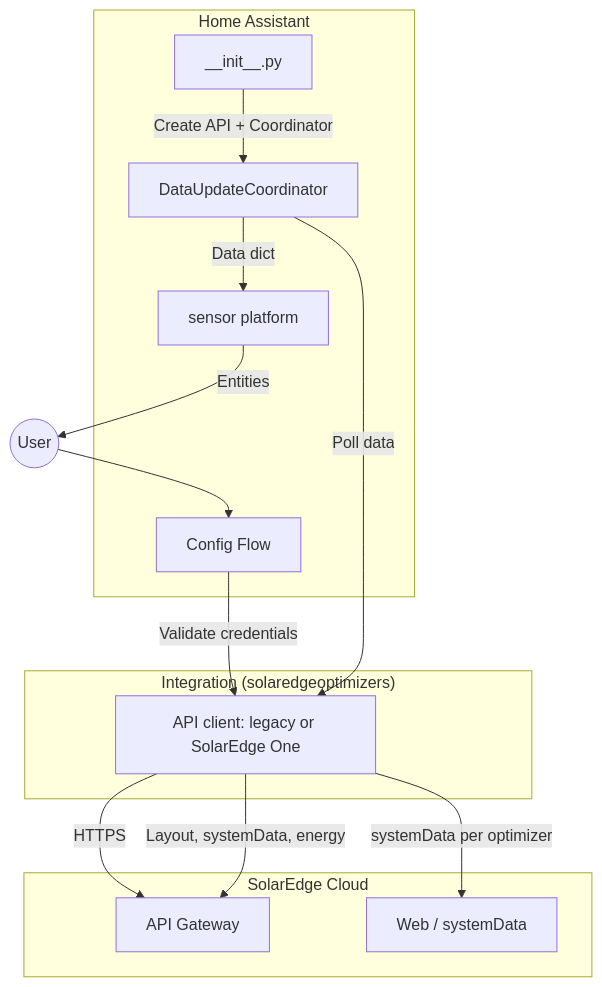
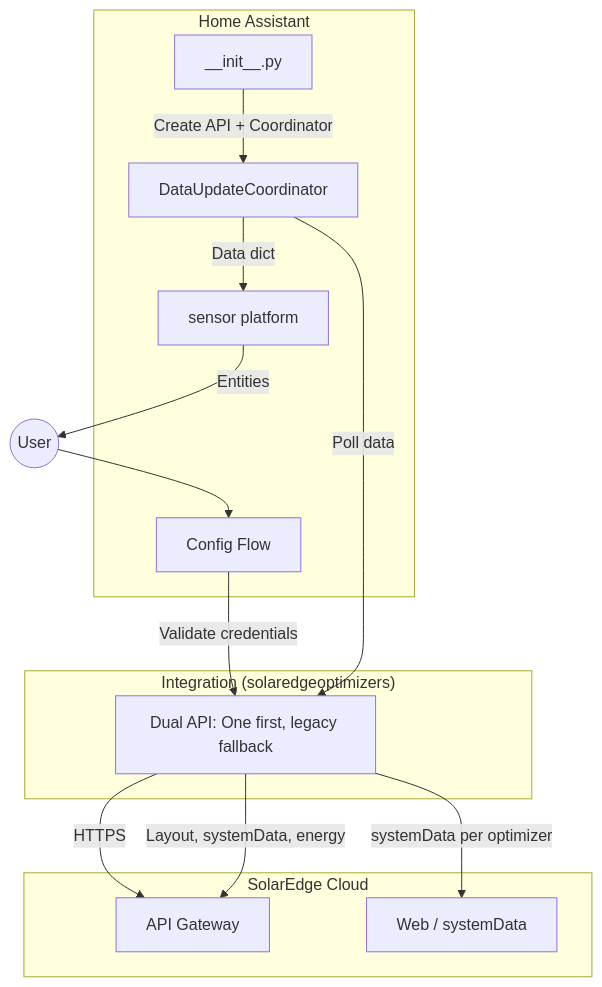
One commit to AndrewTapp/solaredgeoptimizers changed the first of 4 diagrams in custom_components/solaredgeoptimizers/docs/Wiki-Home.md. Above: the diagram before and after it, drawn with Mermaid. The commit also changed other lines of this file, not shown here.

````diff
--- a/custom_components/solaredgeoptimizers/docs/Wiki-Home.md
+++ b/custom_components/solaredgeoptimizers/docs/Wiki-Home.md
@@ -65,28 +65,28 @@
 ```mermaid
 flowchart TB
     subgraph HA["Home Assistant"]
         CF[Config Flow]
         INIT[__init__.py]
         COORD[DataUpdateCoordinator]
         SENSOR[sensor platform]
     end
 
     subgraph INT["Integration (solaredgeoptimizers)"]
-        API[API client: legacy or SolarEdge One]
+        API[Dual API: One first, legacy fallback]
     end
 
     subgraph SE["SolarEdge Cloud"]
         GW[API Gateway]
         WEB[Web / systemData]
     end
 
     U((User)) --> CF
     CF -->|Validate credentials| API
     API -->|HTTPS| GW
     INIT -->|Create API + Coordinator| COORD
     COORD -->|Poll data| API
     API -->|Layout, systemData, energy| GW
     API -->|systemData per optimizer| WEB
     COORD -->|Data dict| SENSOR
     SENSOR -->|Entities| U
 ```
````
